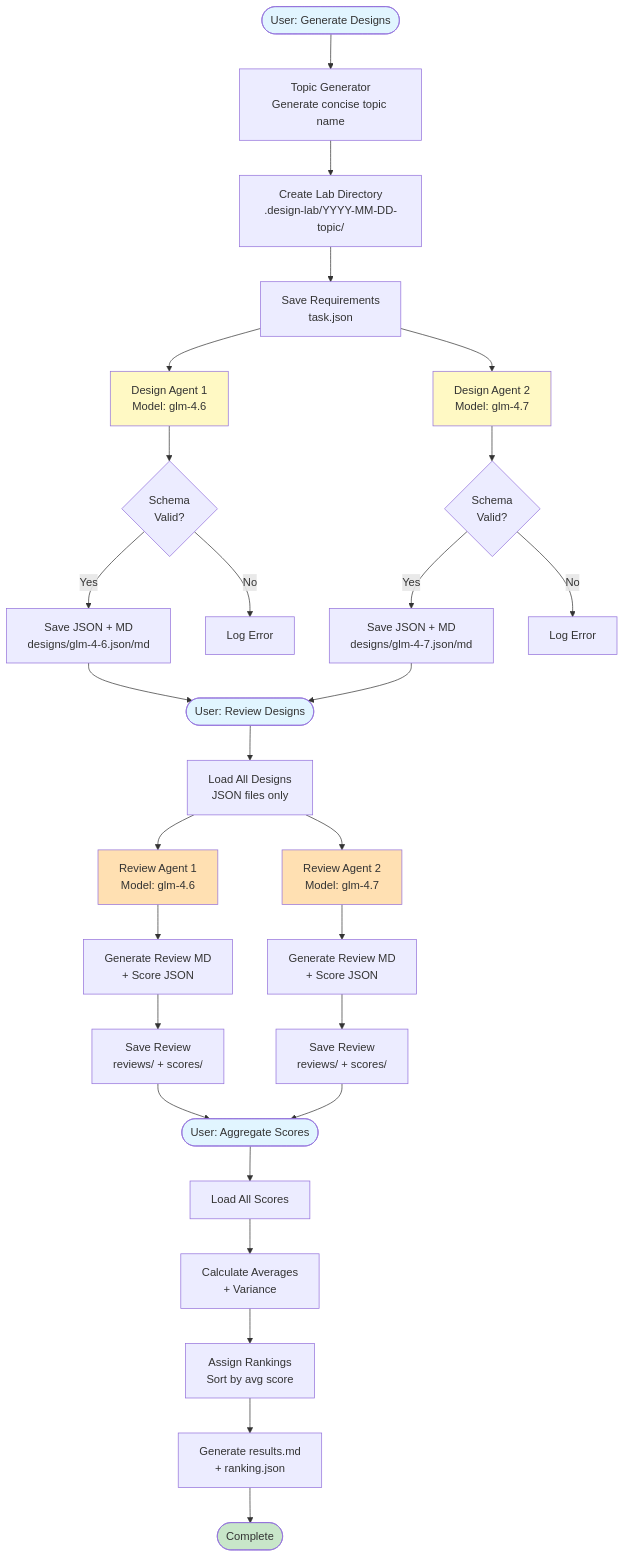
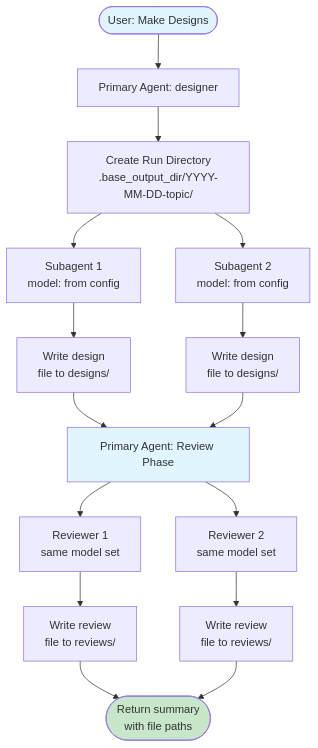
Before and after one commit to HuakunShen/opencode-design-lab: the diagram in DESIGN.md, drawn with Mermaid. The commit also changed other lines of this file and 4 other files, not shown here.

````diff
--- a/DESIGN.md
+++ b/DESIGN.md
@@ -95,49 +77,36 @@
 ```mermaid
 flowchart TB
-    Start([User: Generate Designs]) --> TopicGen[Topic Generator<br/>Generate concise topic name]
-    TopicGen --> CreateDir[Create Lab Directory<br/>.design-lab/YYYY-MM-DD-topic/]
-    CreateDir --> SaveReq[Save Requirements<br/>task.json]
+    Start([User: Make Designs]) --> Primary[Primary Agent: designer]
+    Primary --> CreateDir[Create Run Directory
+.base_output_dir/YYYY-MM-DD-topic/]
+    CreateDir --> D1[Subagent 1
+model: from config]
+    CreateDir --> D2[Subagent 2
+model: from config]
 
-    SaveReq --> D1[Design Agent 1<br/>Model: glm-4.6]
-    SaveReq --> D2[Design Agent 2<br/>Model: glm-4.7]
+    D1 --> Save1[Write design
+file to designs/]
+    D2 --> Save2[Write design
+file to designs/]
 
-    D1 --> V1{Schema<br/>Valid?}
-    D2 --> V2{Schema<br/>Valid?}
-
-    V1 -->|Yes| Save1[Save JSON + MD<br/>designs/glm-4-6.json/md]
-    V2 -->|Yes| Save2[Save JSON + MD<br/>designs/glm-4-7.json/md]
-
-    V1 -->|No| Err1[Log Error]
-    V2 -->|No| Err2[Log Error]
-
-    Save1 --> Review([User: Review Designs])
+    Save1 --> Review[Primary Agent: Review Phase]
     Save2 --> Review
 
-    Review --> Load[Load All Designs<br/>JSON files only]
-    Load --> R1[Review Agent 1<br/>Model: glm-4.6]
-    Load --> R2[Review Agent 2<br/>Model: glm-4.7]
+    Review --> R1[Reviewer 1
+same model set]
+    Review --> R2[Reviewer 2
+same model set]
 
-    R1 --> Format1[Generate Review MD<br/>+ Score JSON]
-    R2 --> Format2[Generate Review MD<br/>+ Score JSON]
+    R1 --> SaveR1[Write review
+file to reviews/]
+    R2 --> SaveR2[Write review
+file to reviews/]
 
-    Format1 --> SaveR1[Save Review<br/>reviews/ + scores/]
-    Format2 --> SaveR2[Save Review<br/>reviews/ + scores/]
-
-    SaveR1 --> Agg([User: Aggregate Scores])
-    SaveR2 --> Agg
-
-    Agg --> LoadScores[Load All Scores]
-    LoadScores --> CalcAvg[Calculate Averages<br/>+ Variance]
-    CalcAvg --> Rank[Assign Rankings<br/>Sort by avg score]
-    Rank --> GenResults[Generate results.md<br/>+ ranking.json]
-    GenResults --> Done([Complete])
+    SaveR1 --> Done([Return summary
+with file paths])
+    SaveR2 --> Done
 
     style Start fill:#e1f5ff
     style Review fill:#e1f5ff
-    style Agg fill:#e1f5ff
     style Done fill:#c8e6c9
-    style D1 fill:#fff9c4
-    style D2 fill:#fff9c4
-    style R1 fill:#ffe0b2
-    style R2 fill:#ffe0b2
 ```
````
